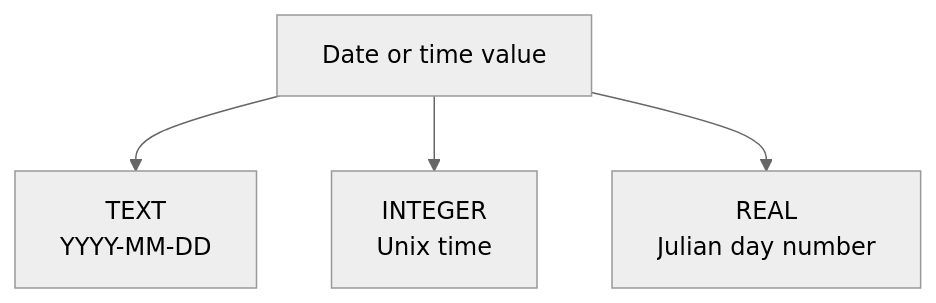
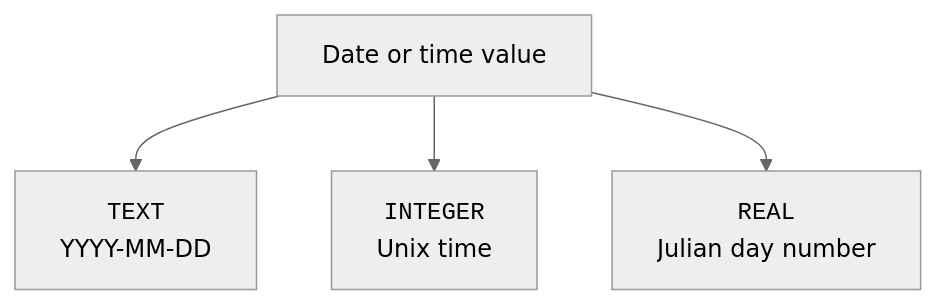
The sixth of 6 diagrams in content/courses/sqlite-for-beginners/data-types.mdx (dataslope/dataslope), drawn with Mermaid (neutral theme) before and after one commit. The commit also changed other lines of this file and 283 other files, not shown here.

First line of the commit message:
Diagrams as elements, not characters: fix the box model, sweep the corpus, and make syntax breakdowns a convention (#652)

````diff
--- a/content/courses/sqlite-for-beginners/data-types.mdx
+++ b/content/courses/sqlite-for-beginners/data-types.mdx
@@ -228,6 +238,6 @@
 ```mermaid
 flowchart TB
-    DATE["Date or time value"] --> TEXTD["TEXT<br/>YYYY-MM-DD"]
-    DATE --> INTD["INTEGER<br/>Unix time"]
-    DATE --> REALD["REAL<br/>Julian day number"]
+    DATE["Date or time value"] --> TEXTD["<code>TEXT</code><br/>YYYY-MM-DD"]
+    DATE --> INTD["<code>INTEGER</code><br/>Unix time"]
+    DATE --> REALD["<code>REAL</code><br/>Julian day number"]
 ```
````
